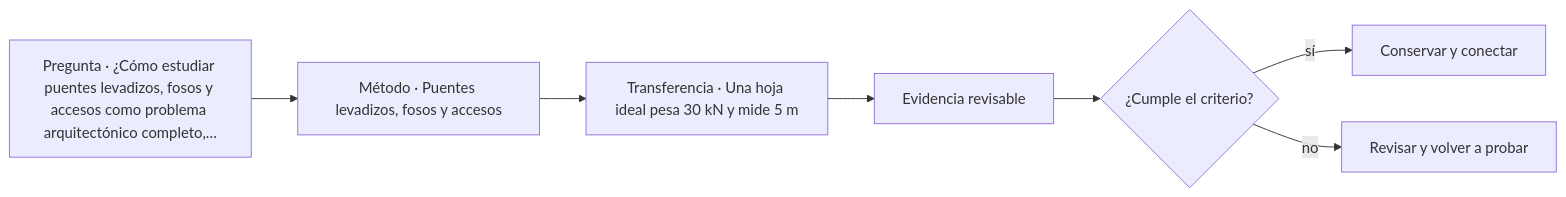
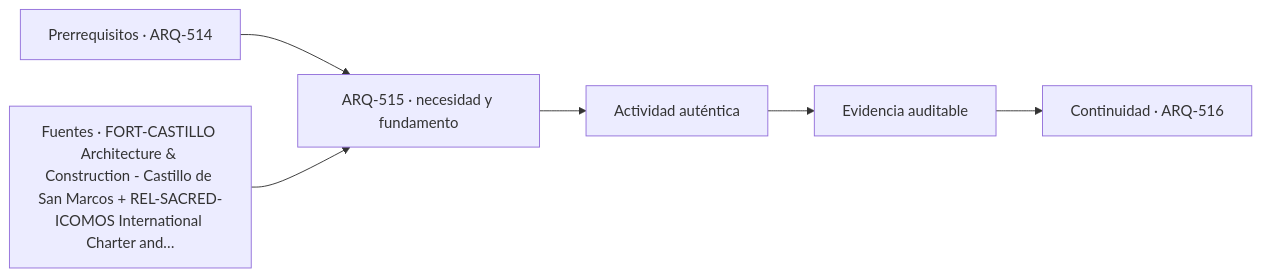
One commit to vladimiracunadev-create/architecture-built-environment-learning-program changed the diagram in classes/parte-52/ARQ-515.md. Above: the diagram before and after it, drawn with Mermaid. The commit also changed other lines of this file and 761 other files, not shown here.

````diff
--- a/classes/parte-52/ARQ-515.md
+++ b/classes/parte-52/ARQ-515.md
@@ -81,9 +93,8 @@
 ```mermaid
 flowchart LR
-    Q["Pregunta · ¿Cómo estudiar puentes levadizos, fosos y accesos como problema arquitectónico completo,…"] --> M["Método · Puentes levadizos, fosos y accesos"]
-    M --> P["Transferencia · Una hoja ideal pesa 30 kN y mide 5 m"]
-    P --> E["Evidencia revisable"]
-    E --> C{"¿Cumple el criterio?"}
-    C -->|sí| T["Conservar y conectar"]
-    C -->|no| R["Revisar y volver a probar"]
+    A["Prerrequisitos · ARQ-514"] --> B["ARQ-515 · necesidad y fundamento"]
+    S["Fuentes · FORT-CASTILLO Architecture & Construction - Castillo de San Marcos + REL-SACRED-ICOMOS International Charter and…"] --> B
+    B --> C["Actividad auténtica"]
+    C --> D["Evidencia auditable"]
+    D --> E["Continuidad · ARQ-516"]
 ```
````
